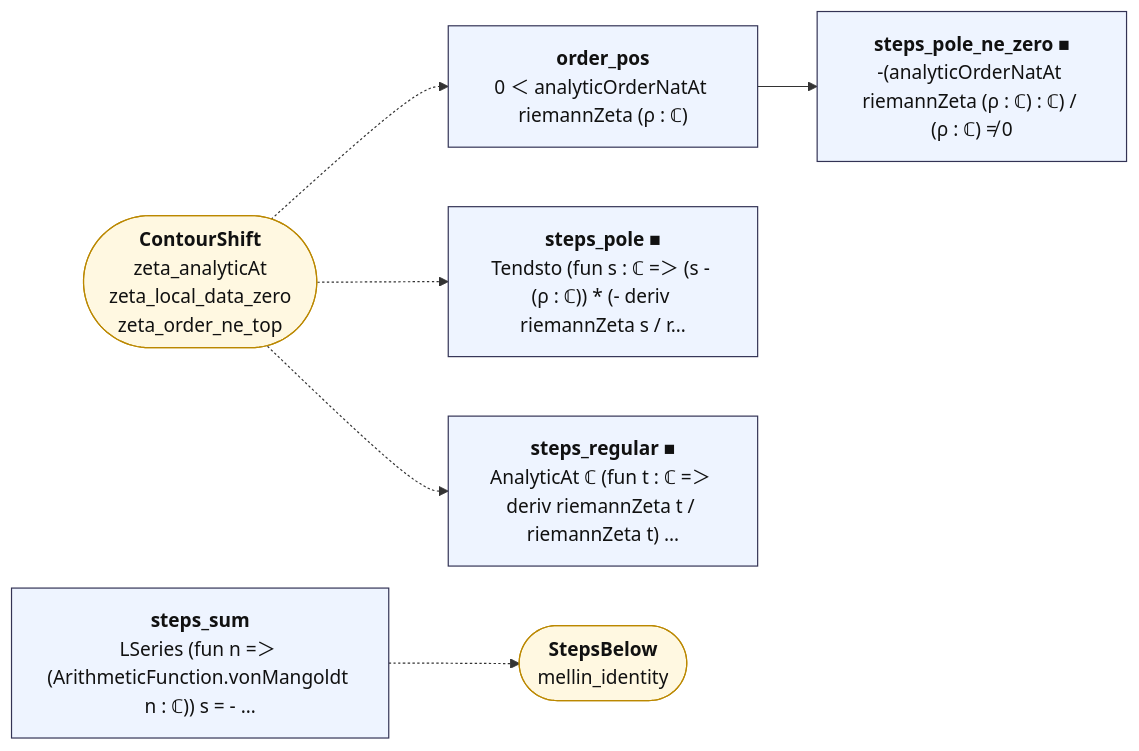
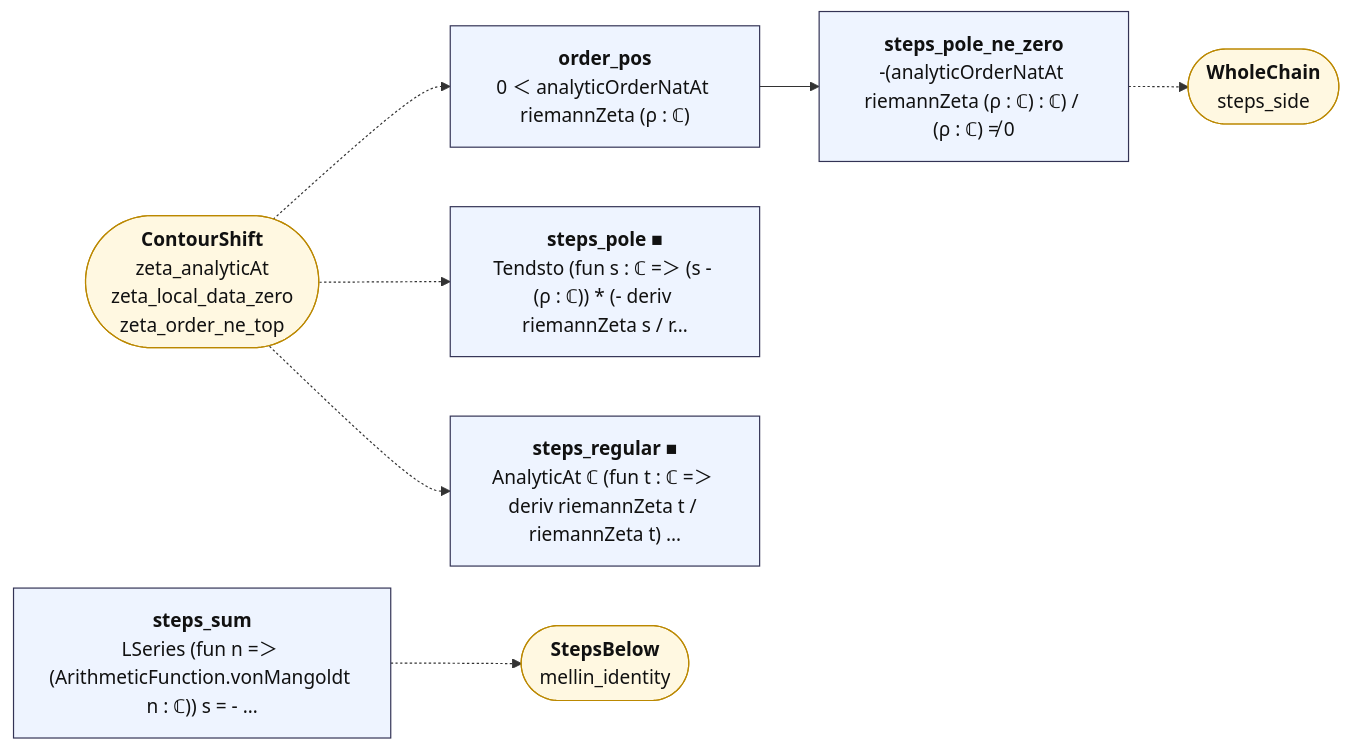
The diagram in map/lean_stage3/StepsPole.md (juliansambranojr/Primebeat_081426), drawn with Mermaid before and after one commit. The commit also changed other lines of this file and 57 other files, not shown here.

````diff
--- a/map/lean_stage3/StepsPole.md
+++ b/map/lean_stage3/StepsPole.md
@@ -14,23 +14,25 @@
 ```mermaid
 flowchart LR
   n0["<b>steps_sum</b><br/>LSeries (fun n =＞ (ArithmeticFunction.vonMangoldt n : ℂ)) s = - …"]:::thm
   n1["<b>order_pos</b><br/>0 ＜ analyticOrderNatAt riemannZeta (ρ : ℂ)"]:::thm
   n2["<b>steps_pole ■</b><br/>Tendsto (fun s : ℂ =＞ (s - (ρ : ℂ)) * (- deriv riemannZeta s / r…"]:::thm
-  n3["<b>steps_pole_ne_zero ■</b><br/>-(analyticOrderNatAt riemannZeta (ρ : ℂ) : ℂ) / (ρ : ℂ) ≠ 0"]:::thm
+  n3["<b>steps_pole_ne_zero</b><br/>-(analyticOrderNatAt riemannZeta (ρ : ℂ) : ℂ) / (ρ : ℂ) ≠ 0"]:::thm
   n4["<b>steps_regular ■</b><br/>AnalyticAt ℂ (fun t : ℂ =＞ deriv riemannZeta t / riemannZeta t) …"]:::thm
   x0(["<b>StepsBelow</b><br/>mellin_identity"]):::ext
   x1(["<b>ContourShift</b><br/>zeta_analyticAt<br/>zeta_local_data_zero<br/>zeta_order_ne_top"]):::ext
+  x2(["<b>WholeChain</b><br/>steps_side"]):::ext
   n1 --> n3
   n0 -.-> x0
+  n3 -.-> x2
   x1 -.-> n1
   x1 -.-> n2
   x1 -.-> n4
   classDef cnt fill:#dff5ec,stroke:#17694a,color:#111
   classDef shp fill:#f1ecfb,stroke:#5b3fa0,color:#111
   classDef rh fill:#ffe5e5,stroke:#c22,color:#111,stroke-width:2px
   classDef thm fill:#eef4ff,stroke:#335,color:#111
   classDef end_ fill:#e7f7e7,stroke:#2a7,color:#111,stroke-width:2px
   classDef lone fill:#fff,stroke:#999,color:#111,stroke-dasharray:4 3
   classDef bad fill:#ffe5e5,stroke:#c22,color:#111,stroke-width:2px
   classDef ext fill:#fff8e1,stroke:#b80,color:#111
 ```
````
